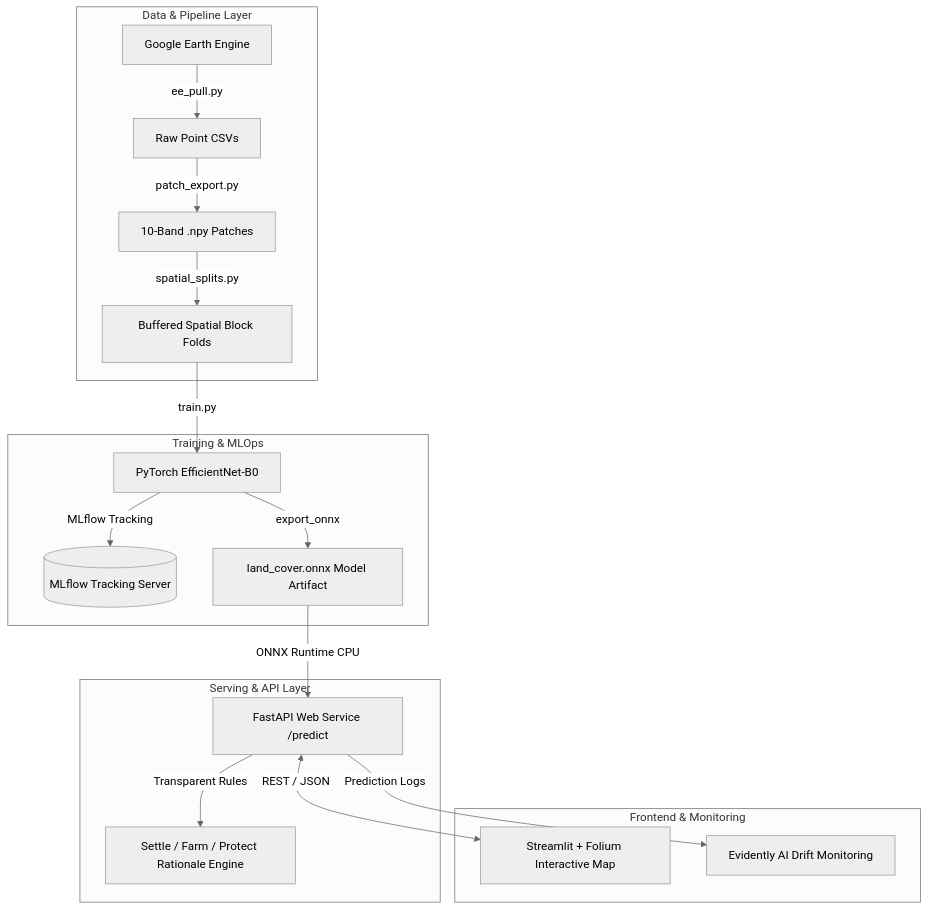
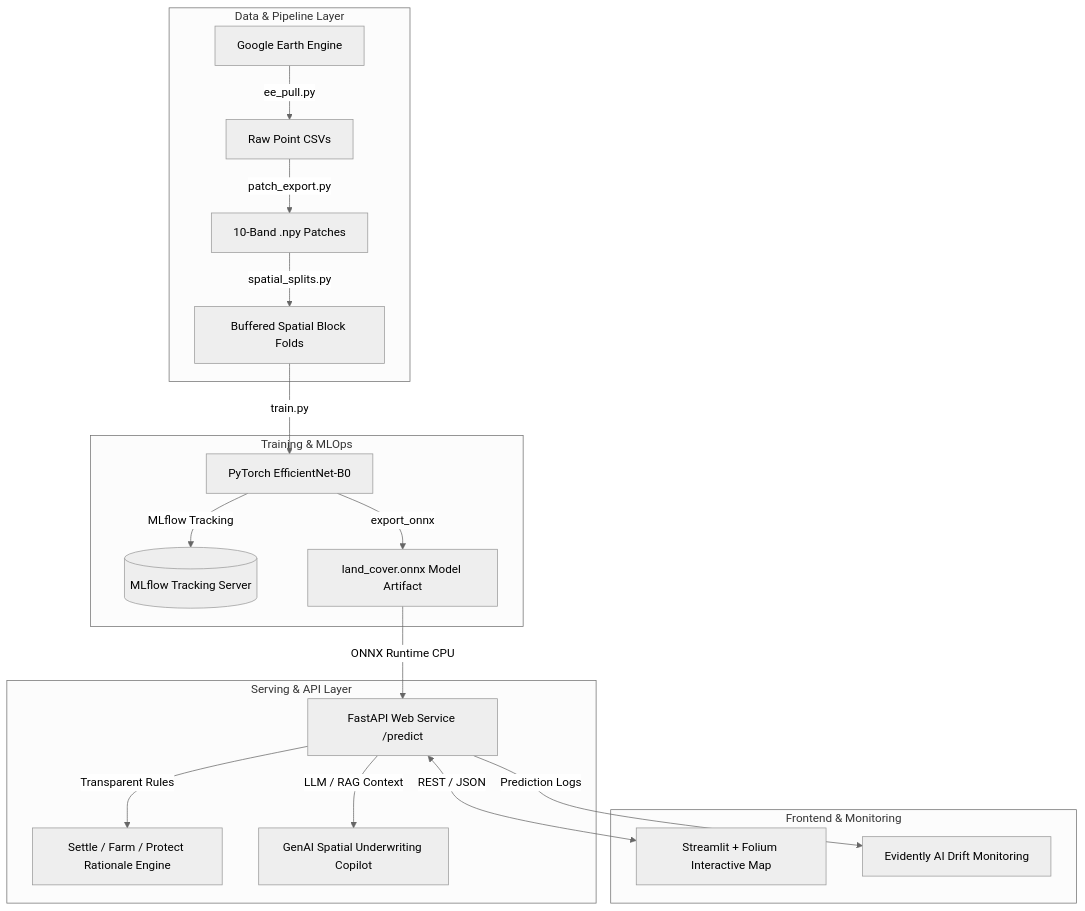
One commit to VAL-Jerono/Satellite changed the diagram in CAPSTONE_PROPOSAL.md. Above: the diagram before and after it, drawn with Mermaid (neutral theme). The commit also changed other lines of this file and 5 other files, not shown here.

````diff
--- a/CAPSTONE_PROPOSAL.md
+++ b/CAPSTONE_PROPOSAL.md
@@ -142,24 +145,25 @@
 ```mermaid
 graph TD
     subgraph Data & Pipeline Layer
         GEE[Google Earth Engine] -->|ee_pull.py| RAW[Raw Point CSVs]
         RAW -->|patch_export.py| NPY[10-Band .npy Patches]
         NPY -->|spatial_splits.py| SPLITS[Buffered Spatial Block Folds]
     end
 
     subgraph Training & MLOps
         SPLITS -->|train.py| PYTORCH[PyTorch EfficientNet-B0]
         PYTORCH -->|MLflow Tracking| MLFLOW[(MLflow Tracking Server)]
         PYTORCH -->|export_onnx| ONNX[land_cover.onnx Model Artifact]
     end
 
     subgraph Serving & API Layer
         ONNX -->|ONNX Runtime CPU| FASTAPI[FastAPI Web Service /predict]
         FASTAPI -->|Transparent Rules| RULES[Settle / Farm / Protect Rationale Engine]
+        FASTAPI -->|LLM / RAG Context| RAG[GenAI Spatial Underwriting Copilot]
     end
 
     subgraph Frontend & Monitoring
         FASTAPI <-->|REST / JSON| STREAMLIT[Streamlit + Folium Interactive Map]
         FASTAPI -->|Prediction Logs| EVIDENTLY[Evidently AI Drift Monitoring]
     end
 ```
````
